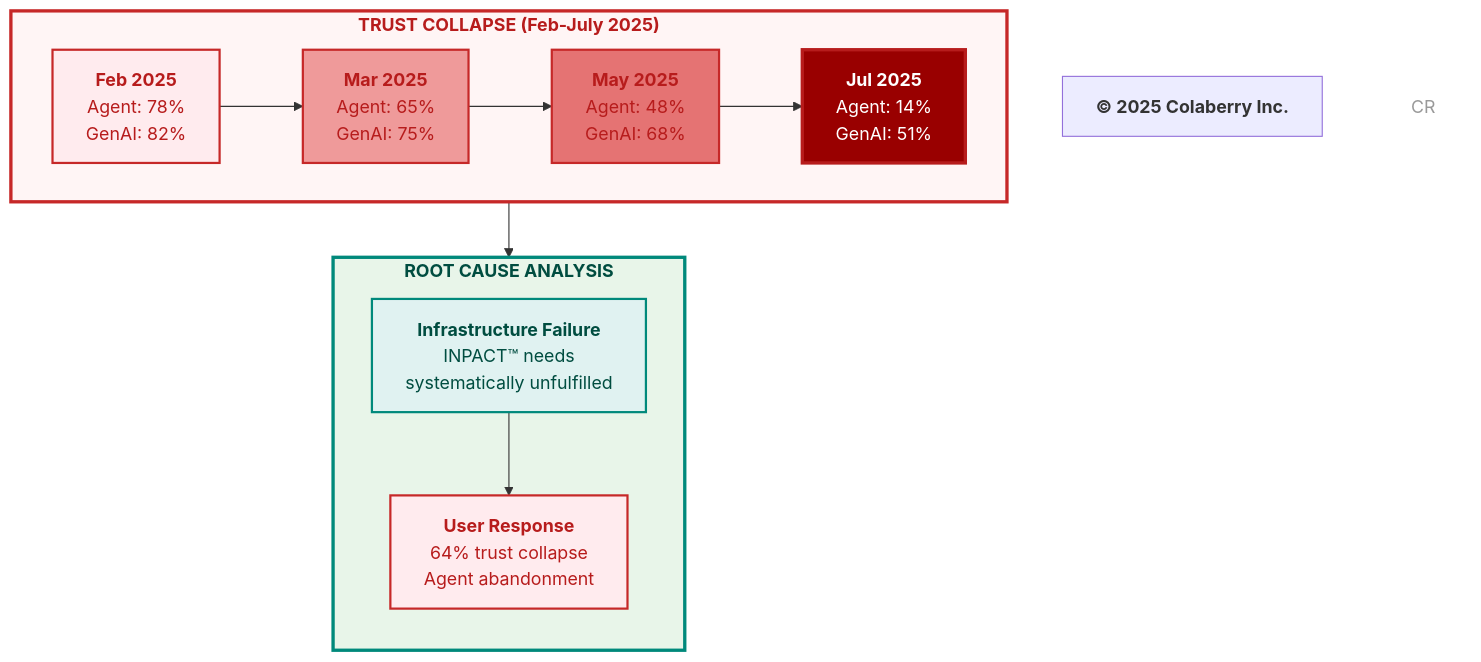
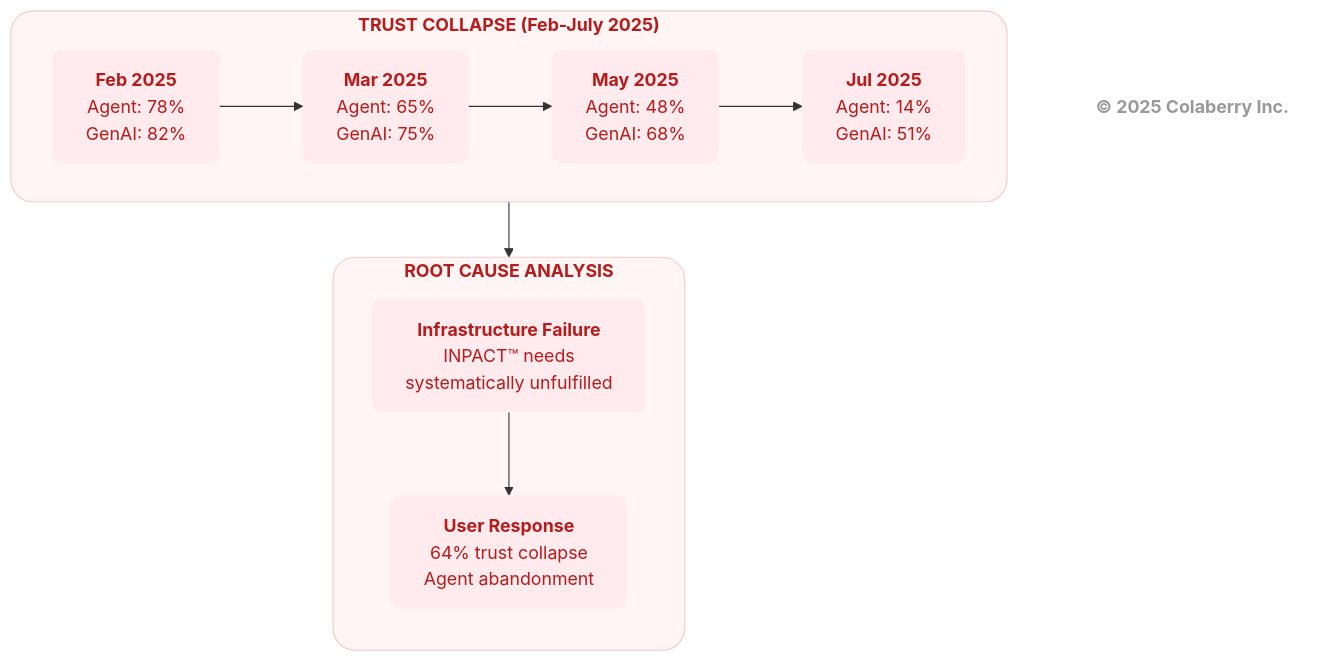
Before and after one commit to saitejesh-cyber/trust-before-intelligence-book: the second of 6 diagrams in manuscript/02_chapter_1_why_agents_fail.md, drawn with Mermaid. The commit also changed other lines of this file and 4 other files, not shown here.

Commit message:
Chapter 1to5: Updated mermaid diagrams based on new colaberry color code

````diff
--- a/manuscript/02_chapter_1_why_agents_fail.md
+++ b/manuscript/02_chapter_1_why_agents_fail.md
@@ -136,41 +135,43 @@
 ```mermaid
 graph TB
     subgraph timeline["<b>TRUST COLLAPSE (Feb-July 2025)</b>"]
         direction LR
         
         FEB["<b>Feb 2025</b><br/>Agent: 78%<br/>GenAI: 82%"]
         
         MAR["<b>Mar 2025</b><br/>Agent: 65%<br/>GenAI: 75%"]
         
         MAY["<b>May 2025</b><br/>Agent: 48%<br/>GenAI: 68%"]
         
         JUL["<b>Jul 2025</b><br/>Agent: 14%<br/>GenAI: 51%"]
         
         FEB --> MAR --> MAY --> JUL
     end
     
     subgraph analysis["<b>ROOT CAUSE ANALYSIS</b>"]
         direction TB
         
         CAUSE["<b>Infrastructure Failure</b><br/>INPACT™ needs<br/>systematically unfulfilled"]
         
         RESULT["<b>User Response</b><br/>64% trust collapse<br/>Agent abandonment"]
         
         CAUSE --> RESULT
     end
     
     timeline --> analysis
-    
-    style timeline fill:#fff5f5,stroke:#c62828,stroke-width:3px,color:#b71c1c
-    style FEB fill:#ffebee,stroke:#c62828,stroke-width:2px,color:#b71c1c
-    style MAR fill:#ef9a9a,stroke:#c62828,stroke-width:2px,color:#b71c1c
-    style MAY fill:#e57373,stroke:#c62828,stroke-width:2px,color:#b71c1c
-    style JUL fill:#990000,stroke:#b71c1c,stroke-width:3px,color:#ffffff
-    
-    style analysis fill:#e8f5e9,stroke:#00897b,stroke-width:3px,color:#004d40
-    style CAUSE fill:#e0f2f1,stroke:#00897b,stroke-width:2px,color:#004d40
-    style RESULT fill:#ffebee,stroke:#c62828,stroke-width:2px,color:#b71c1c
-    
+
+    %% TIMELINE — FAILURE / BI-ERA
+    style timeline fill:#fff5f5,stroke:#f2caca,stroke-width:1px,color:#b71c1c,rx:20,ry:20
+    style FEB fill:#ffebee,stroke:none,color:#b71c1c,rx:10,ry:10
+    style MAR fill:#ffebee,stroke:none,color:#b71c1c,rx:10,ry:10
+    style MAY fill:#ffebee,stroke:none,color:#b71c1c,rx:10,ry:10
+    style JUL fill:#ffebee,stroke:none,color:#b71c1c,rx:10,ry:10
+
+    %% ANALYSIS — FAILURE CONTEXT
+    style analysis fill:#fff5f5,stroke:#f2caca,stroke-width:1px,color:#b71c1c,rx:20,ry:20
+    style CAUSE fill:#ffebee,stroke:none,color:#b71c1c,rx:10,ry:10
+    style RESULT fill:#ffebee,stroke:none,color:#b71c1c,rx:10,ry:10
+
     Copyright["<b>© 2025 Colaberry Inc.</b>"]
-    style CR fill:none,stroke:none,color:#999999
+    style Copyright fill:none,stroke:none,color:#999999
 ```
````
